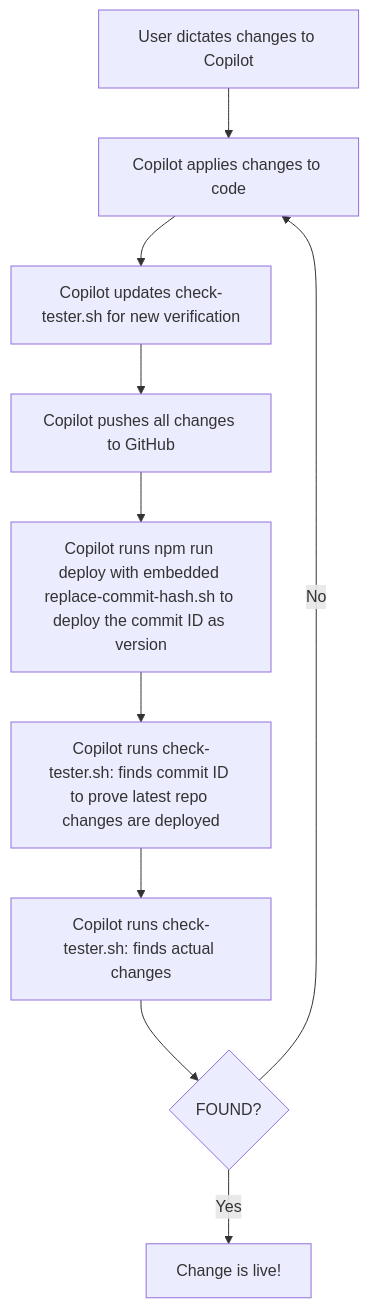
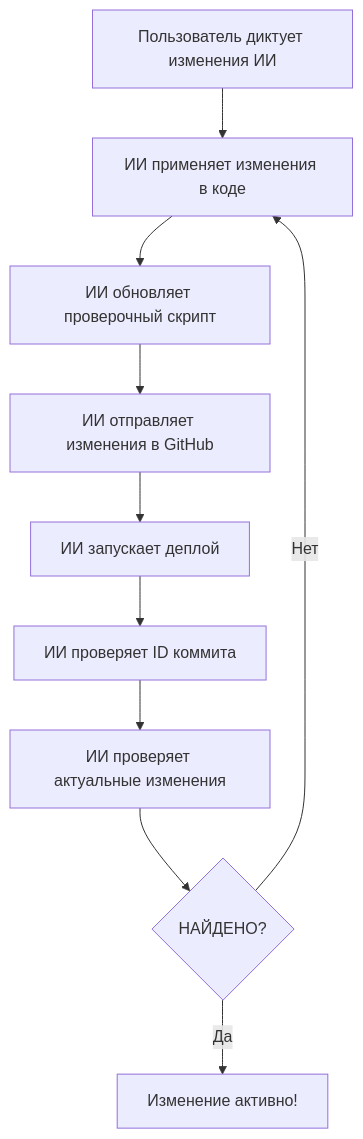
The second of 2 diagrams in README.md (shapez0r/agentai_repo), drawn with Mermaid before and after one commit. The commit also changed other lines of this file and 690 other files, not shown here.

Commit message:
Removed Apex functionality, enhanced currency chart with Urals oil price, added cloud overlay to weather map

````diff
--- a/README.md
+++ b/README.md
@@ -65,12 +67,12 @@
 ```mermaid
 flowchart TD
-    A[User dictates changes to Copilot] --> B[Copilot applies changes to code]
-    B --> C[Copilot updates check-tester.sh for new verification]
-    C --> D[Copilot pushes all changes to GitHub]
-    D --> E[Copilot runs npm run deploy with embedded replace-commit-hash.sh to deploy the commit ID as version]
-    E --> F[Copilot runs check-tester.sh: finds commit ID to prove latest repo changes are deployed]
-    F --> G[Copilot runs check-tester.sh: finds actual changes]
-    G --> H{FOUND?}
-    H -- Yes --> I[Change is live!]
-    H -- No --> B
+    A[Пользователь диктует изменения ИИ] --> B[ИИ применяет изменения в коде]
+    B --> C[ИИ обновляет проверочный скрипт]
+    C --> D[ИИ отправляет изменения в GitHub]
+    D --> E[ИИ запускает деплой]
+    E --> F[ИИ проверяет ID коммита]
+    F --> G[ИИ проверяет актуальные изменения]
+    G --> H{НАЙДЕНО?}
+    H -- Да --> I[Изменение активно!]
+    H -- Нет --> B
 ```
````
